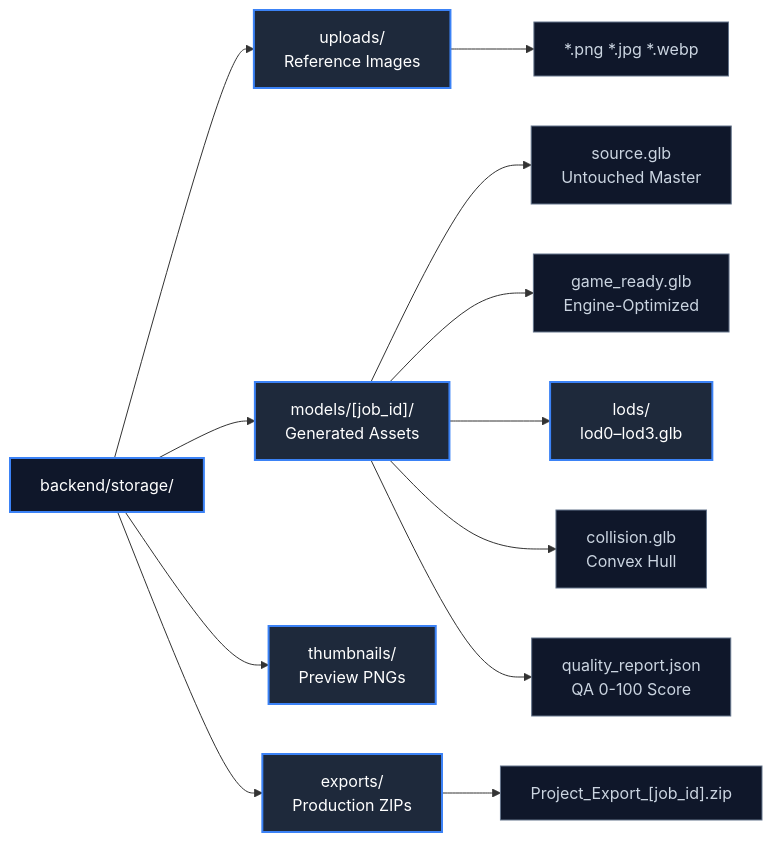
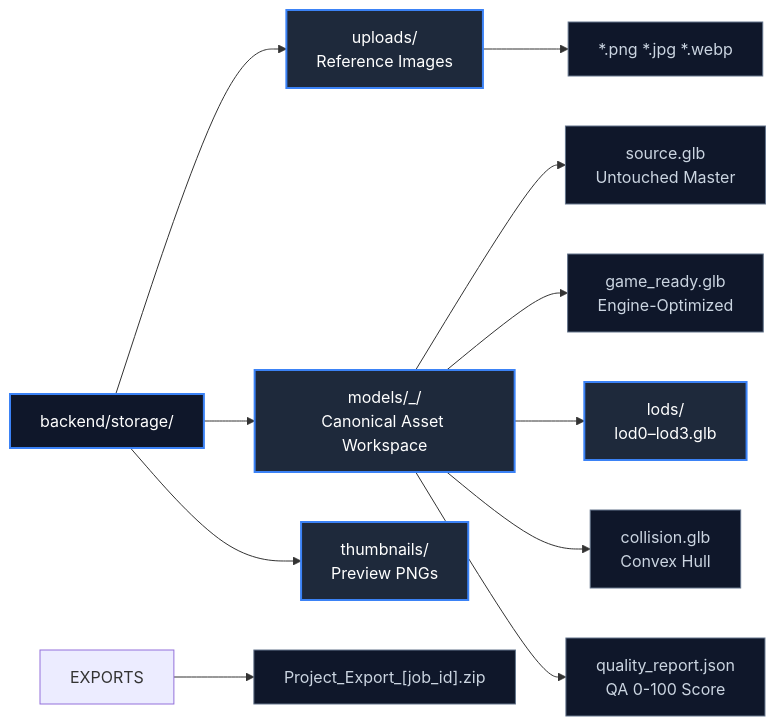
Before and after one commit to Silentzx2/ForMash3D: the third of 4 diagrams in Docs/ARCHITECTURE.md, drawn with Mermaid. The commit also changed other lines of this file and 21 other files, not shown here.

````diff
--- a/Docs/ARCHITECTURE.md
+++ b/Docs/ARCHITECTURE.md
@@ -178,21 +178,20 @@
 ```mermaid
 flowchart LR
     classDef dir fill:#1e293b,stroke:#3b82f6,stroke-width:2px,color:#fff
     classDef file fill:#0f172a,stroke:#64748b,stroke-width:1px,color:#cbd5e1
 
     ROOT["backend/storage/"]:::dir --> UPLOADS["uploads/<br/>Reference Images"]:::dir
-    ROOT --> MODELS["models/[job_id]/<br/>Generated Assets"]:::dir
+    ROOT --> MODELS["models/<asset_name>_<job_hash>/<br/>Canonical Asset Workspace"]:::dir
     ROOT --> THUMBS["thumbnails/<br/>Preview PNGs"]:::dir
-    ROOT --> EXPORTS["exports/<br/>Production ZIPs"]:::dir
 
     MODELS --> SRC["source.glb<br/>Untouched Master"]:::file
     MODELS --> GAME["game_ready.glb<br/>Engine-Optimized"]:::file
     MODELS --> LODS["lods/<br/>lod0–lod3.glb"]:::dir
     MODELS --> COL["collision.glb<br/>Convex Hull"]:::file
     MODELS --> QA["quality_report.json<br/>QA 0-100 Score"]:::file
 
     UPLOADS --> IMG["*.png *.jpg *.webp"]:::file
     EXPORTS --> ZIP["Project_Export_[job_id].zip"]:::file
 
     style ROOT fill:#0f172a
 ```
````
